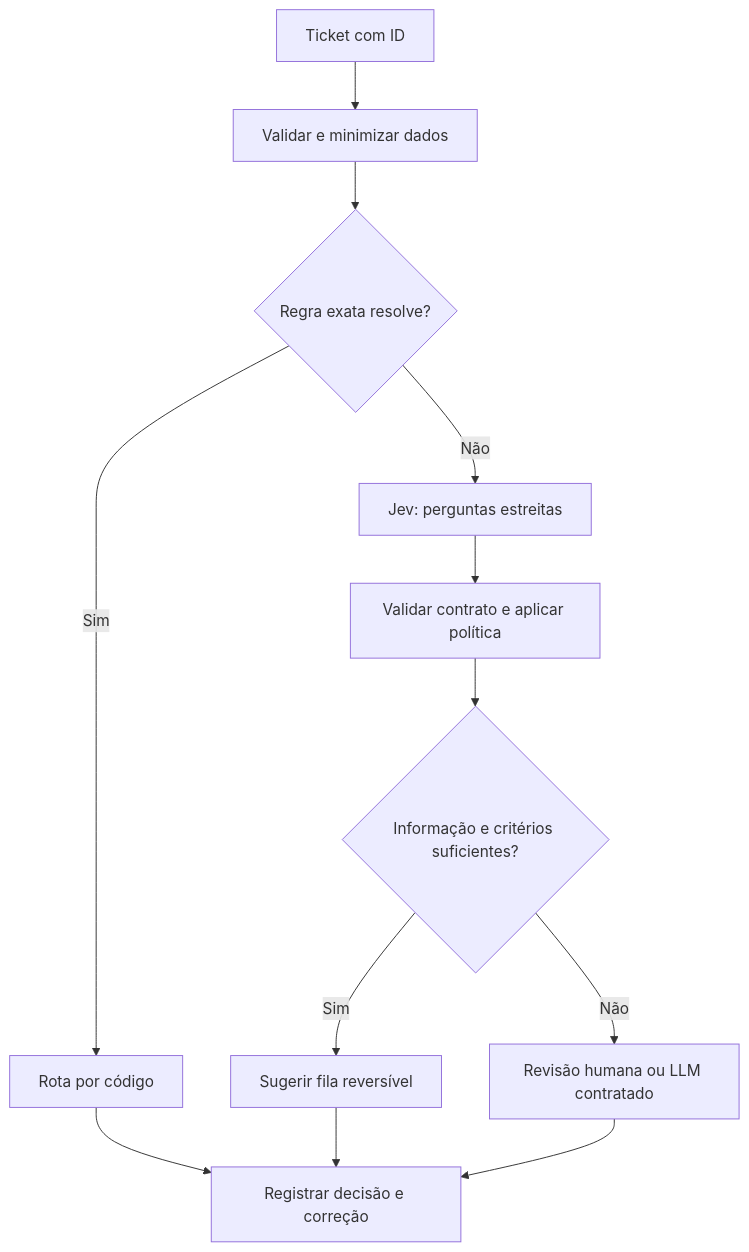
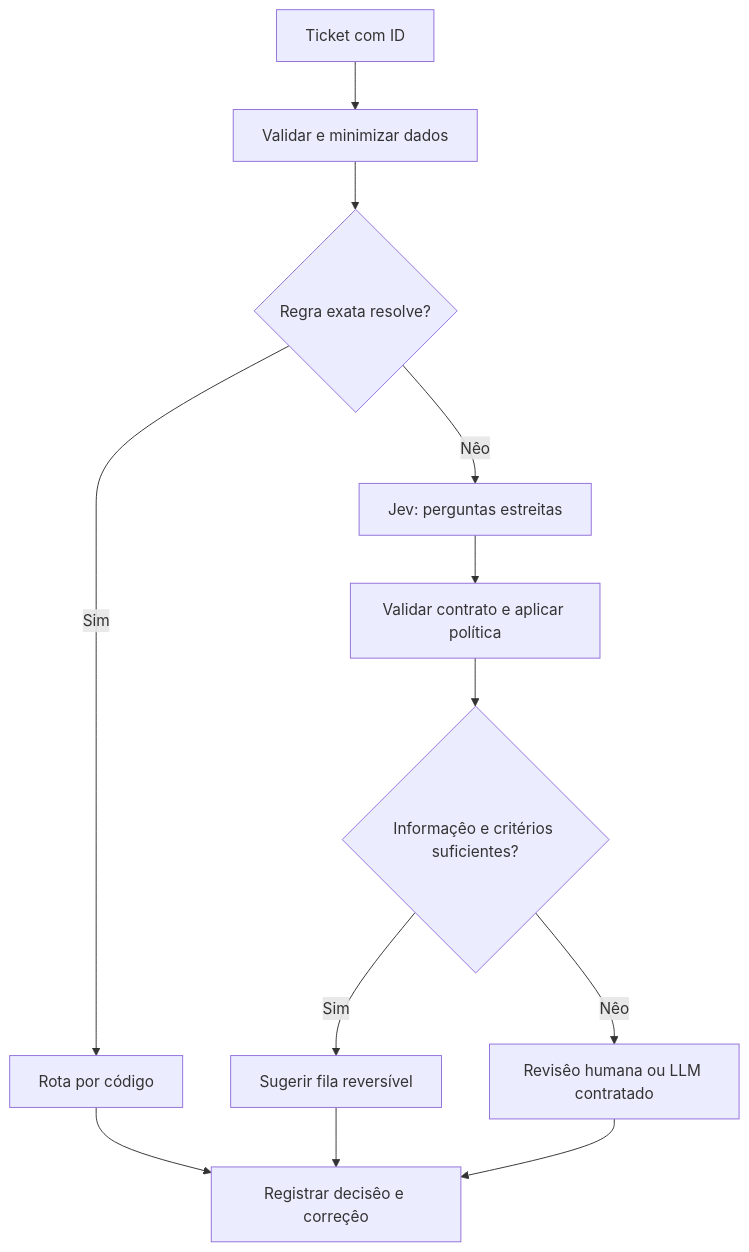
One commit to linnoff88-dev/arckhe-jev changed the diagram in docs/03-plano-aplicacao.md. Above: the diagram before and after it, drawn with Mermaid. The commit also changed other lines of this file and 128 other files, not shown here.

````diff
--- a/docs/03-plano-aplicacao.md
+++ b/docs/03-plano-aplicacao.md
@@ -11,14 +11,14 @@
 ```mermaid
 flowchart TD
   A[Ticket com ID] --> B[Validar e minimizar dados]
   B --> C{Regra exata resolve?}
   C -->|Sim| D[Rota por código]
-  C -->|Não| E[Jev: perguntas estreitas]
+  C -->|Nêo| E[Jev: perguntas estreitas]
   E --> F[Validar contrato e aplicar política]
-  F --> G{Informação e critérios suficientes?}
+  F --> G{Informaçêo e critérios suficientes?}
   G -->|Sim| H[Sugerir fila reversível]
-  G -->|Não| I[Revisão humana ou LLM contratado]
-  D --> J[Registrar decisão e correção]
+  G -->|Nêo| I[Revisêo humana ou LLM contratado]
+  D --> J[Registrar decisêo e correçêo]
   H --> J
   I --> J
 ```
````
